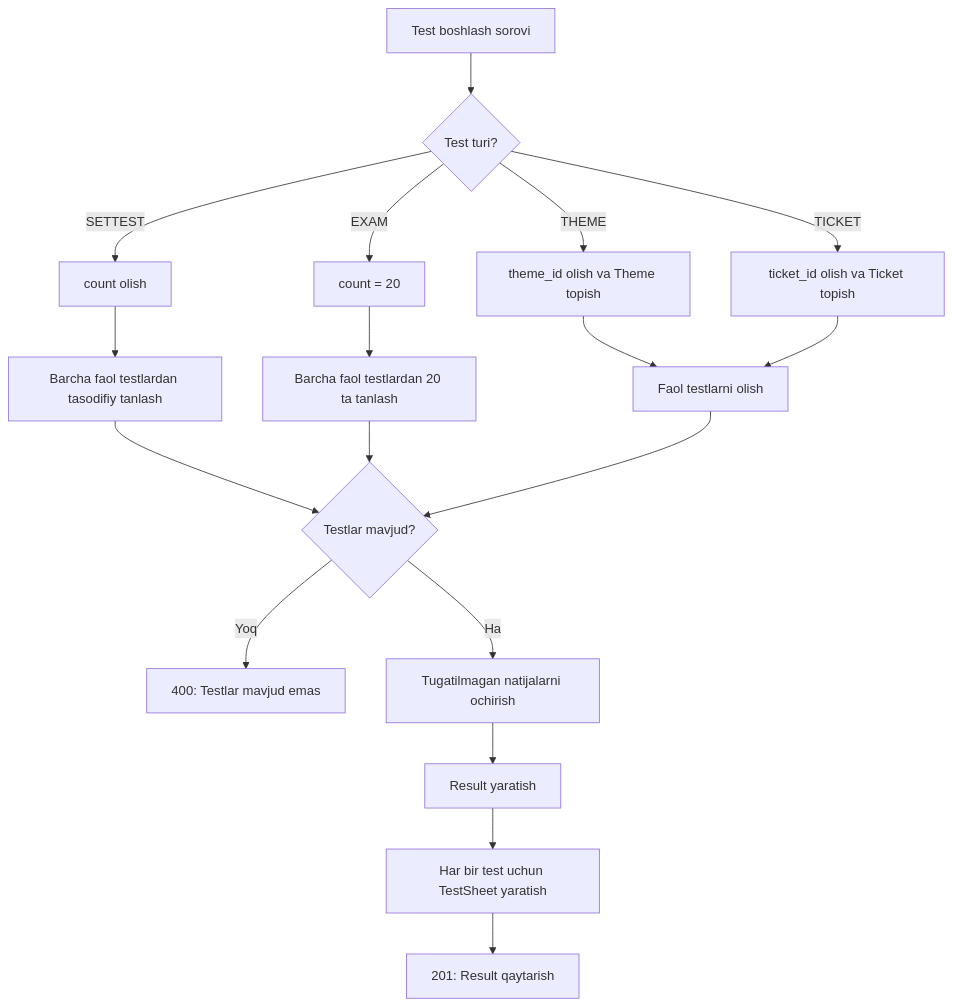
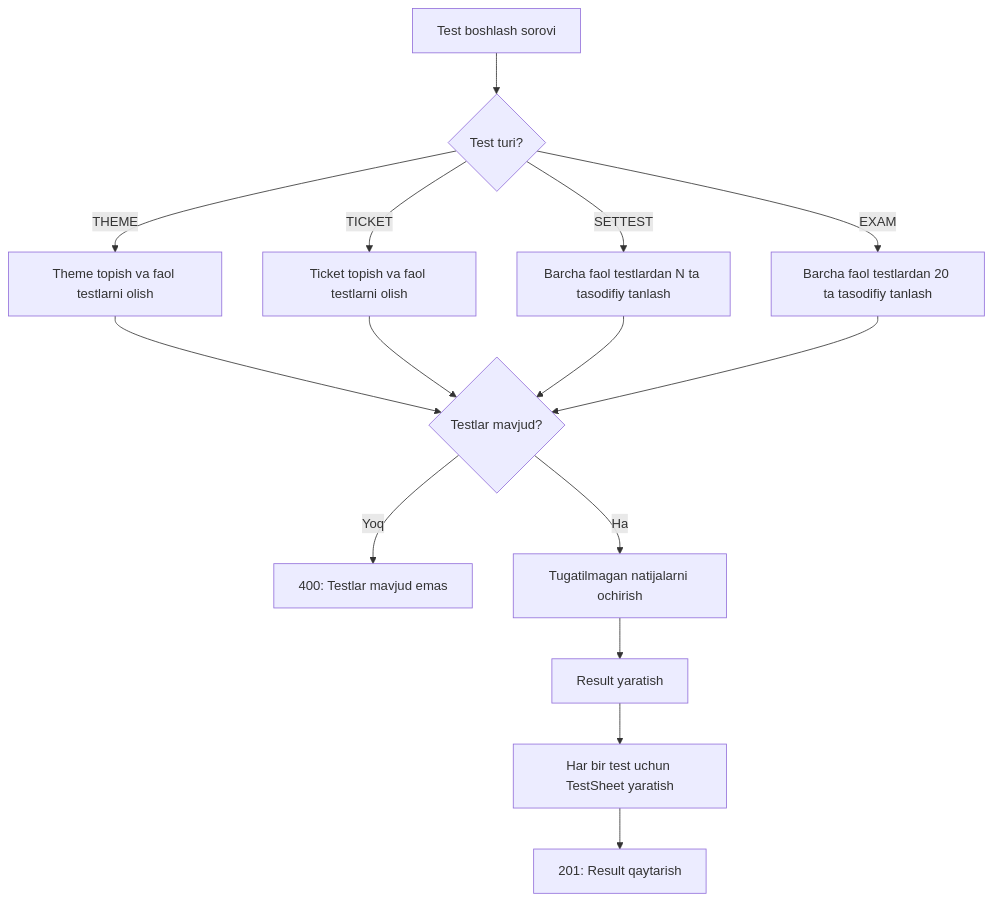
One commit to khismoiloff/BrpAvtoTest changed the ninth of 16 diagrams in README.md. Above: the diagram before and after it, drawn with Mermaid. The commit also changed other lines of this file, not shown here.

````diff
--- a/README.md
+++ b/README.md
@@ -515,27 +609,21 @@
 ```mermaid
 %%{init: {'theme': 'default'}}%%
 flowchart TD
     A[Test boshlash sorovi] --> B{Test turi?}
-    
-    B -->|THEME| C[theme_id olish va Theme topish]
-    C --> E[Faol testlarni olish]
-    
-    B -->|TICKET| F[ticket_id olish va Ticket topish]
-    F --> E
-    
-    B -->|SETTEST| I[count olish]
-    I --> J[Barcha faol testlardan tasodifiy tanlash]
-    J --> O
-    
-    B -->|EXAM| L[count = 20]
-    L --> N[Barcha faol testlardan 20 ta tanlash]
-    N --> O
-    
-    E --> O{Testlar mavjud?}
-    
+
+    B -->|THEME| C[Theme topish va faol testlarni olish]
+    B -->|TICKET| D[Ticket topish va faol testlarni olish]
+    B -->|SETTEST| E[Barcha faol testlardan N ta tasodifiy tanlash]
+    B -->|EXAM| F[Barcha faol testlardan 20 ta tasodifiy tanlash]
+
+    C --> O{Testlar mavjud?}
+    D --> O
+    E --> O
+    F --> O
+
     O -->|Yoq| P[400: Testlar mavjud emas]
     O -->|Ha| Q[Tugatilmagan natijalarni ochirish]
     Q --> R[Result yaratish]
     R --> S[Har bir test uchun TestSheet yaratish]
     S --> T[201: Result qaytarish]
 ```
````
